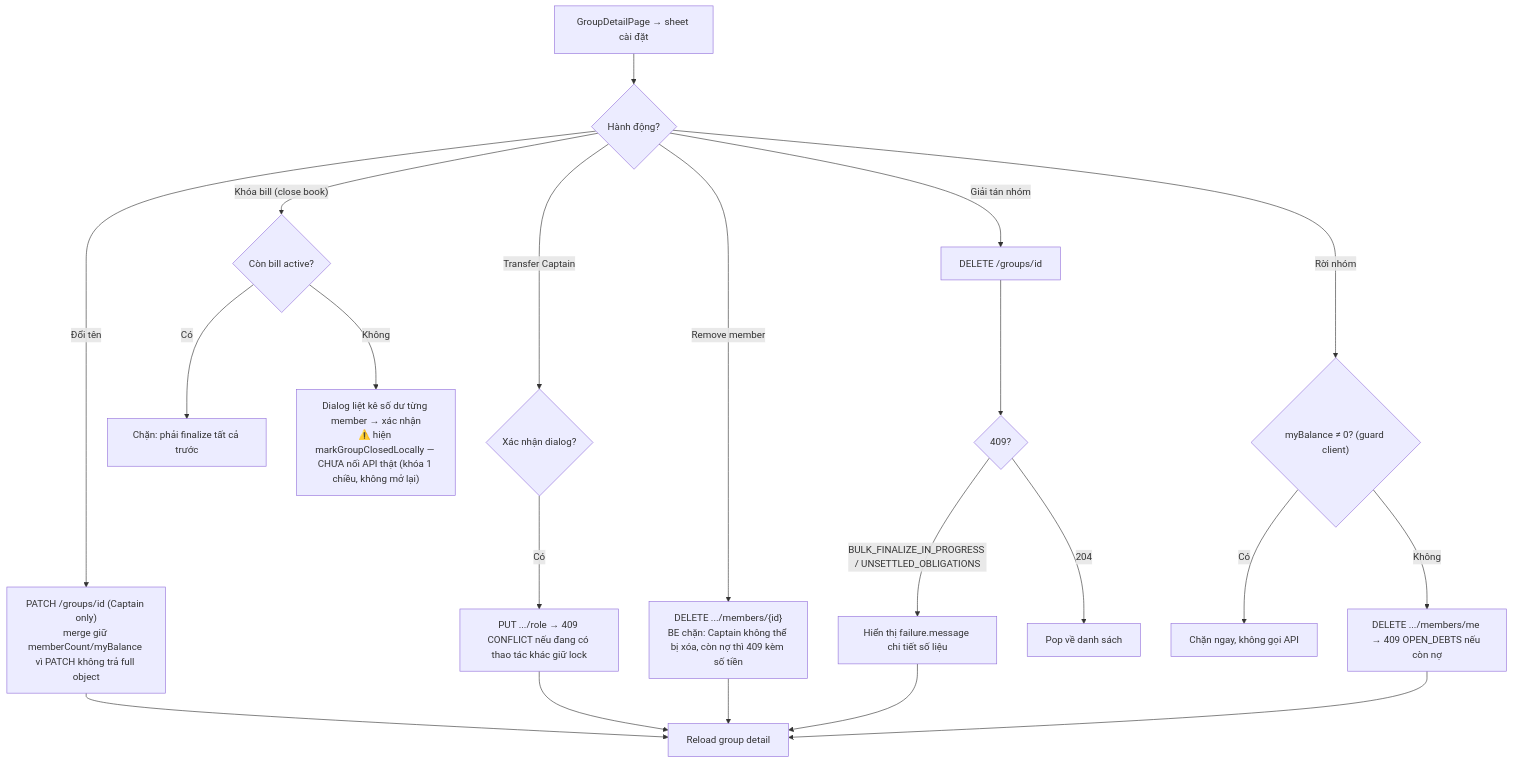
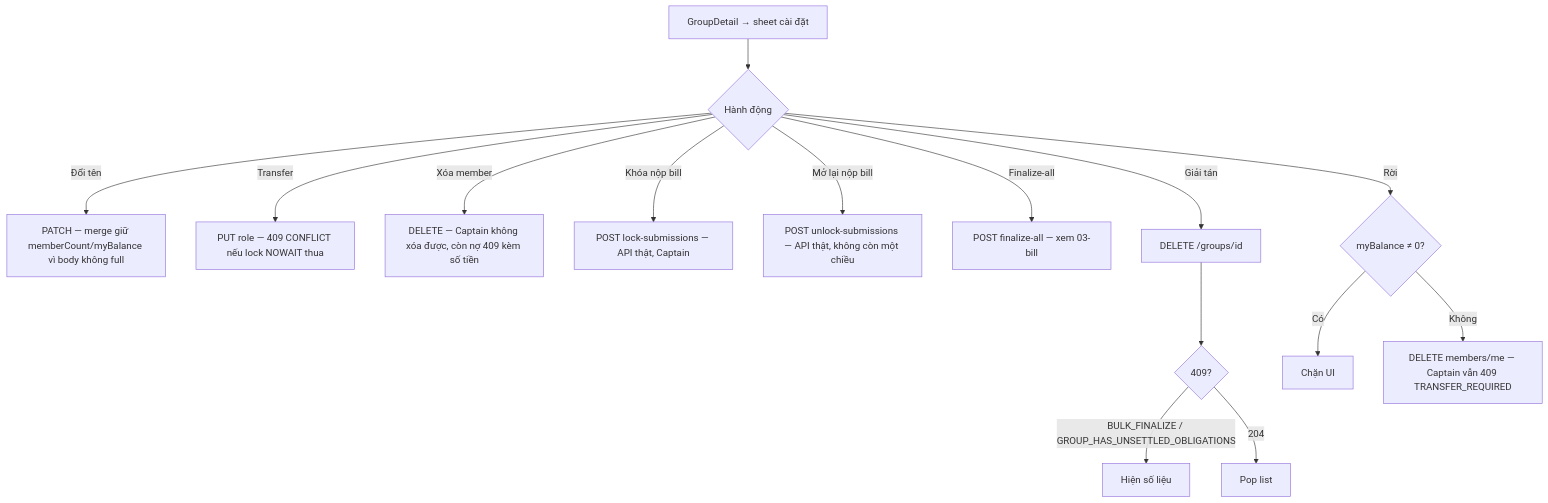
The seventh of 7 diagrams in flow/02-group.md (FintechVSF-Tranning/PaySplit-RP), drawn with Mermaid before and after one commit. The commit also changed other lines of this file and 8 other files, not shown here.

````diff
--- a/flow/02-group.md
+++ b/flow/02-group.md
@@ -269,25 +321,17 @@
 ```mermaid
 flowchart TD
-    A["GroupDetailPage → sheet cài đặt"] --> B{"Hành động?"}
-
-    B -->|"Đổi tên"| C1["PATCH /groups/id (Captain only)<br/>merge giữ memberCount/myBalance vì PATCH không trả full object"]
-    B -->|"Transfer Captain"| C2{"Xác nhận dialog?"}
-    C2 -->|"Có"| C3["PUT .../role → 409 CONFLICT nếu đang có thao tác khác giữ lock"]
-    B -->|"Remove member"| C3b["DELETE .../members/{id}<br/>BE chặn: Captain không thể bị xóa, còn nợ thì 409 kèm số tiền"]
-    B -->|"Khóa bill (close book)"| D1{"Còn bill active?"}
-    D1 -->|"Có"| D2["Chặn: phải finalize tất cả trước"]
-    D1 -->|"Không"| D3["Dialog liệt kê số dư từng member → xác nhận<br/>⚠️ hiện markGroupClosedLocally — CHƯA nối API thật (khóa 1 chiều, không mở lại)"]
-    B -->|"Giải tán nhóm"| E1["DELETE /groups/id"]
+    A["GroupDetail → sheet cài đặt"] --> B{"Hành động"}
+    B -->|"Đổi tên"| C1["PATCH — merge giữ memberCount/myBalance vì body không full"]
+    B -->|"Transfer"| C2["PUT role — 409 CONFLICT nếu lock NOWAIT thua"]
+    B -->|"Xóa member"| C3["DELETE — Captain không xóa được, còn nợ 409 kèm số tiền"]
+    B -->|"Khóa nộp bill"| D1["POST lock-submissions — API thật, Captain"]
+    B -->|"Mở lại nộp bill"| D2["POST unlock-submissions — API thật, không còn một chiều"]
+    B -->|"Finalize-all"| D3["POST finalize-all — xem 03-bill"]
+    B -->|"Giải tán"| E1["DELETE /groups/id"]
     E1 --> E2{"409?"}
-    E2 -->|"BULK_FINALIZE_IN_PROGRESS / UNSETTLED_OBLIGATIONS"| E3["Hiển thị failure.message chi tiết số liệu"]
-    E2 -->|"204"| E4["Pop về danh sách"]
-    B -->|"Rời nhóm"| F1{"myBalance ≠ 0? (guard client)"}
-    F1 -->|"Có"| F2["Chặn ngay, không gọi API"]
-    F1 -->|"Không"| F3["DELETE .../members/me → 409 OPEN_DEBTS nếu còn nợ"]
-
-    C1 --> Z["Reload group detail"]
-    C3 --> Z
-    C3b --> Z
-    E3 --> Z
-    F3 --> Z
+    E2 -->|"BULK_FINALIZE / GROUP_HAS_UNSETTLED_OBLIGATIONS"| E3["Hiện số liệu"]
+    E2 -->|"204"| E4["Pop list"]
+    B -->|"Rời"| F1{"myBalance ≠ 0?"}
+    F1 -->|"Có"| F2["Chặn UI"]
+    F1 -->|"Không"| F3["DELETE members/me — Captain vẫn 409 TRANSFER_REQUIRED"]
 ```
````
